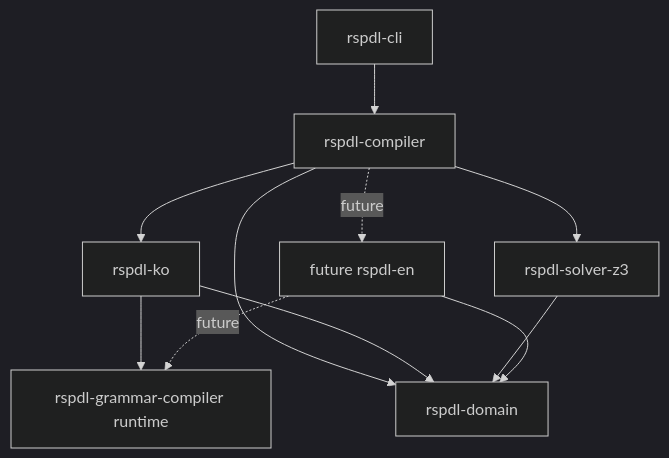
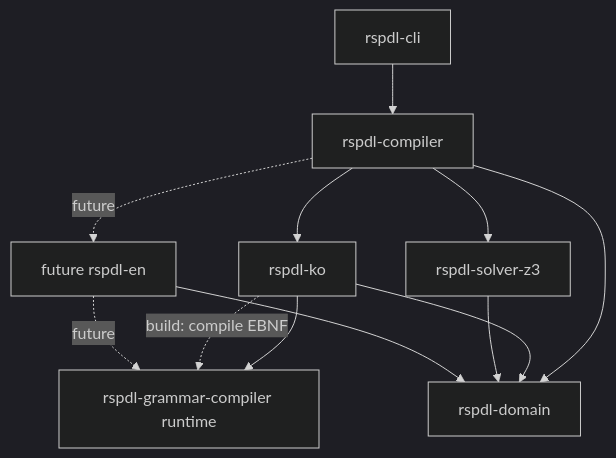
Before and after one commit to rspdl/rspdl-core: the first of 3 diagrams in docs/architecture.md, drawn with Mermaid (dark theme). The commit also changed other lines of this file and 1 other file, not shown here.

First line of the commit message:
docs(grammar): clarify migration review gates

````diff
--- a/docs/architecture.md
+++ b/docs/architecture.md
@@ -110,13 +110,14 @@
 ```mermaid
 flowchart TD
     CLI["rspdl-cli"] --> COMPILER["rspdl-compiler"]
     COMPILER --> KO["rspdl-ko"]
     COMPILER --> DOMAIN["rspdl-domain"]
     COMPILER --> Z3["rspdl-solver-z3"]
     KO --> GRAMMAR["rspdl-grammar-compiler runtime"]
+    KO -. "build: compile EBNF" .-> GRAMMAR
     KO --> DOMAIN
     Z3 --> DOMAIN
     EN["future rspdl-en"] --> DOMAIN
     EN -. "future" .-> GRAMMAR
     COMPILER -. "future" .-> EN
 ```
````
